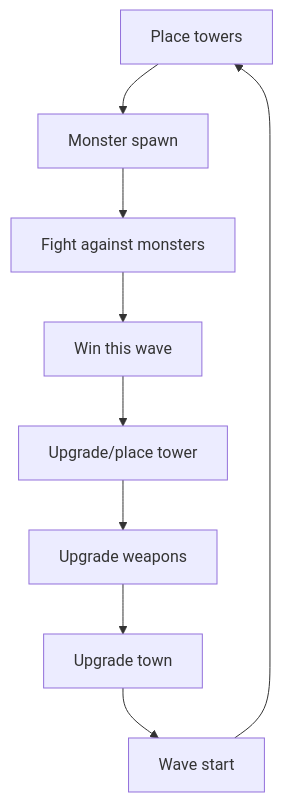
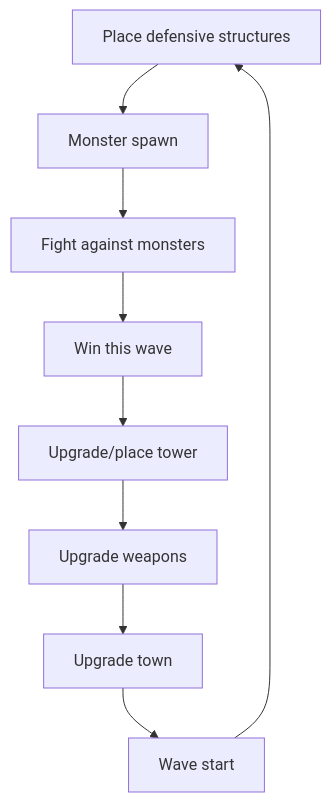
Before and after one commit to AheadAlot/CISC-486-Group-14-Project: the first of 4 diagrams in README.md, drawn with Mermaid. The commit also changed other lines of this file, not shown here.

````diff
--- a/README.md
+++ b/README.md
@@ -20,11 +20,11 @@
 ```mermaid
 flowchart TD
-    A[Place towers] -->B[Monster spawn]
+    A[Place defensive structures] -->B[Monster spawn]
     B --> C[Fight against monsters]
     C --> D[Win this wave]
     D --> E[Upgrade/place tower]
     E --> F[Upgrade weapons]
     F --> G[Upgrade town]
     G --> H[Wave start]
     H --> A
 ```
````
